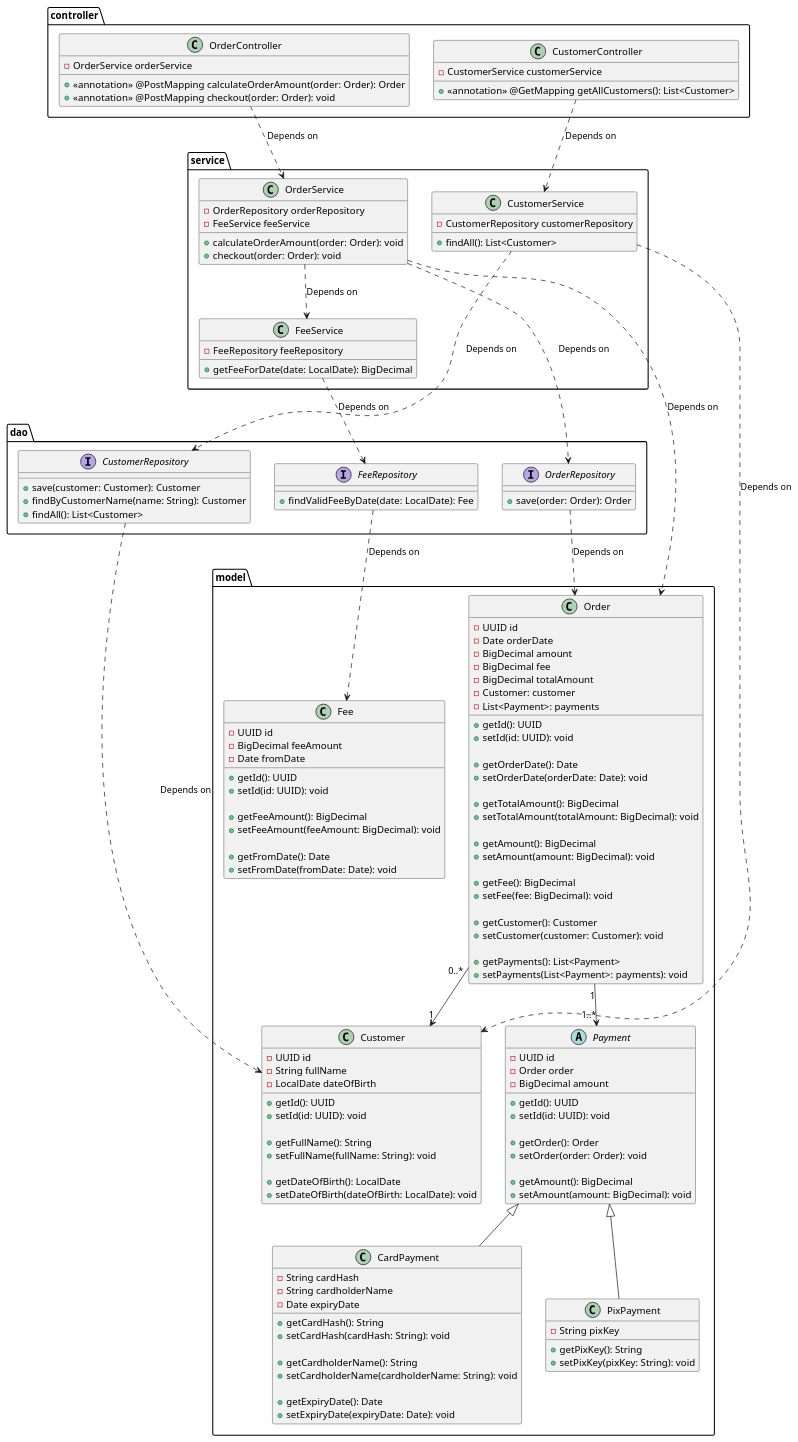
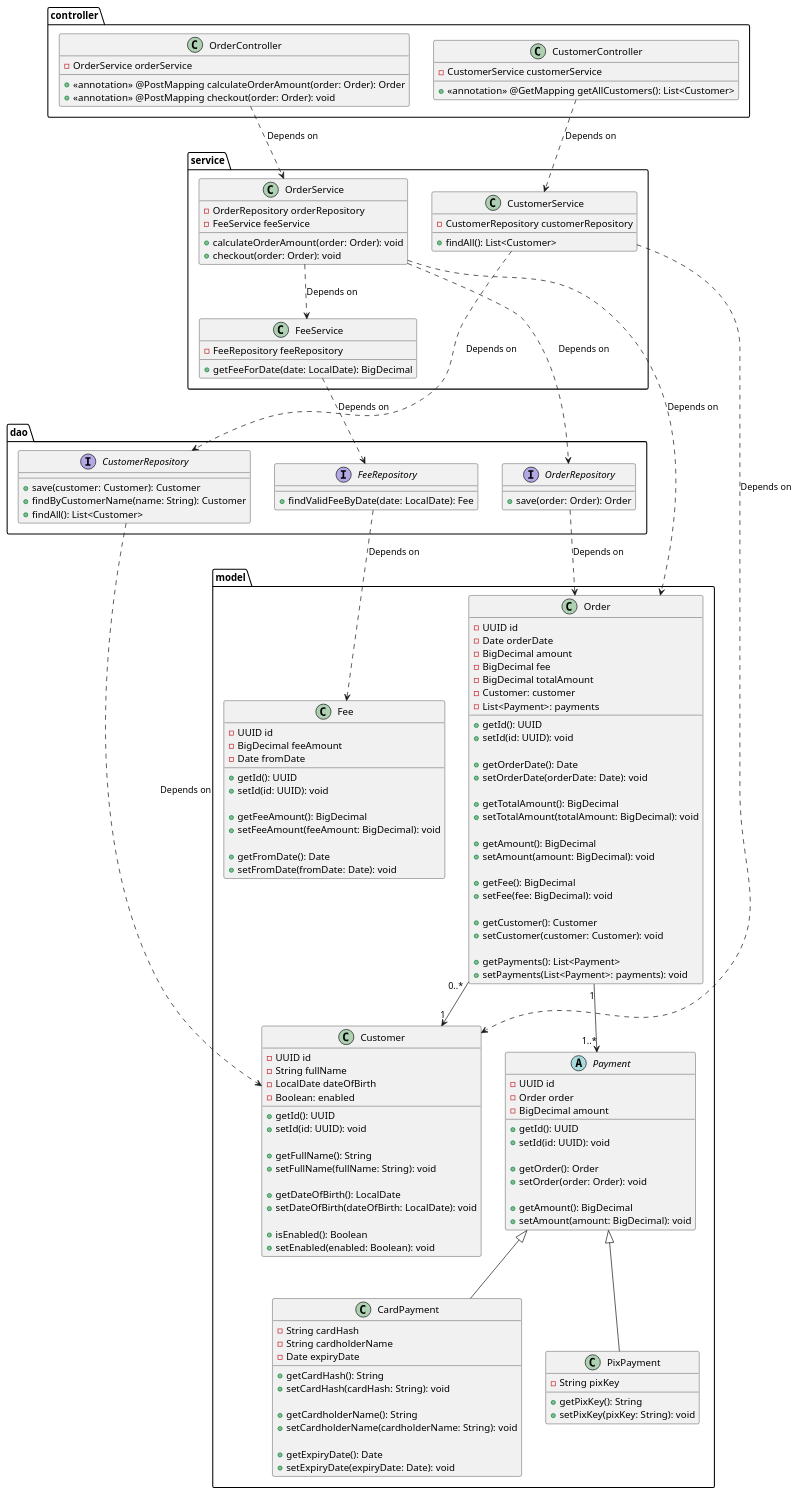
Before and after one commit to dias-joaovictor/infnet-springapp: the diagram in payment.puml, drawn with PlantUML. The commit also changed 16 other files, not shown here.

```diff
--- a/payment.puml
+++ b/payment.puml
@@ -1,182 +1,186 @@
 @startuml
 
 package model {
   class Order {
     - UUID id
     - Date orderDate
     - BigDecimal amount
     - BigDecimal fee
     - BigDecimal totalAmount
     - Customer: customer
     - List<Payment>: payments
 
     
     + getId(): UUID
     + setId(id: UUID): void
     
     + getOrderDate(): Date
     + setOrderDate(orderDate: Date): void
     
     + getTotalAmount(): BigDecimal
     + setTotalAmount(totalAmount: BigDecimal): void
 
     + getAmount(): BigDecimal
     + setAmount(amount: BigDecimal): void
     
     + getFee(): BigDecimal
     + setFee(fee: BigDecimal): void
 
     + getCustomer(): Customer
     + setCustomer(customer: Customer): void
 
     + getPayments(): List<Payment>
     + setPayments(List<Payment>: payments): void
   }
 
   class Customer {
     - UUID id
     - String fullName
     - LocalDate dateOfBirth
+    - Boolean: enabled
 
     
     + getId(): UUID
     + setId(id: UUID): void
     
     + getFullName(): String
     + setFullName(fullName: String): void
     
     + getDateOfBirth(): LocalDate
     + setDateOfBirth(dateOfBirth: LocalDate): void
+
+    + isEnabled(): Boolean
+    + setEnabled(enabled: Boolean): void
   }
 
   abstract class Payment {
     - UUID id
     - Order order
     - BigDecimal amount
 
     
     + getId(): UUID
     + setId(id: UUID): void
     
     + getOrder(): Order
     + setOrder(order: Order): void
     
     + getAmount(): BigDecimal
     + setAmount(amount: BigDecimal): void
   }
 
   class CardPayment {
     - String cardHash
     - String cardholderName
     - Date expiryDate
 
 
     + getCardHash(): String
     + setCardHash(cardHash: String): void
     
     + getCardholderName(): String
     + setCardholderName(cardholderName: String): void
     
     + getExpiryDate(): Date
     + setExpiryDate(expiryDate: Date): void
   }
 
   class PixPayment {
     - String pixKey
     
     + getPixKey(): String
     + setPixKey(pixKey: String): void
   }
 
   class Fee {
     - UUID id
     - BigDecimal feeAmount
     - Date fromDate
     
     
     + getId(): UUID
     + setId(id: UUID): void
     
     + getFeeAmount(): BigDecimal
     + setFeeAmount(feeAmount: BigDecimal): void
     
     + getFromDate(): Date
     + setFromDate(fromDate: Date): void
   }
 
   Order "1" --> "1..*" Payment
   Order "0..*" --> "1" Customer
   Payment <|-- CardPayment
   Payment <|-- PixPayment
 }
 
 package dao {
   interface OrderRepository {
     + save(order: Order): Order
   }
 
   interface CustomerRepository {
     + save(customer: Customer): Customer
     + findByCustomerName(name: String): Customer
     + findAll(): List<Customer>
   }
 
   interface FeeRepository {
     + findValidFeeByDate(date: LocalDate): Fee
   }
 
   OrderRepository ..> Order : "Depends on"
   FeeRepository ..> Fee : "Depends on"
   CustomerRepository ..> Customer : "Depends on"
 }
 
 package service {
 
   class FeeService {
     - FeeRepository feeRepository
 
     + getFeeForDate(date: LocalDate): BigDecimal
   }
 
     class CustomerService {
     - CustomerRepository customerRepository
 
     + findAll(): List<Customer>
   }
 
   class OrderService {
     - OrderRepository orderRepository
     - FeeService feeService
 
     + calculateOrderAmount(order: Order): void
     + checkout(order: Order): void
   }
 
   OrderService ..> Order : "Depends on"
   OrderService ..> OrderRepository : "Depends on"
   OrderService ..> FeeService : "Depends on"
   CustomerService ..> CustomerRepository : "Depends on"
   CustomerService ..> Customer : "Depends on"
   FeeService ..> FeeRepository : "Depends on"
 }
 
 package controller {
   class CustomerController{
     - CustomerService customerService
 
     + <<annotation>> @GetMapping getAllCustomers(): List<Customer>
   }
 
   class OrderController{
     - OrderService orderService
 
     + <<annotation>> @PostMapping calculateOrderAmount(order: Order): Order
     + <<annotation>> @PostMapping checkout(order: Order): void
   }
 
   OrderController ..> OrderService : "Depends on"
   CustomerController ..> CustomerService : "Depends on"
 }
 
 
 @enduml
```
